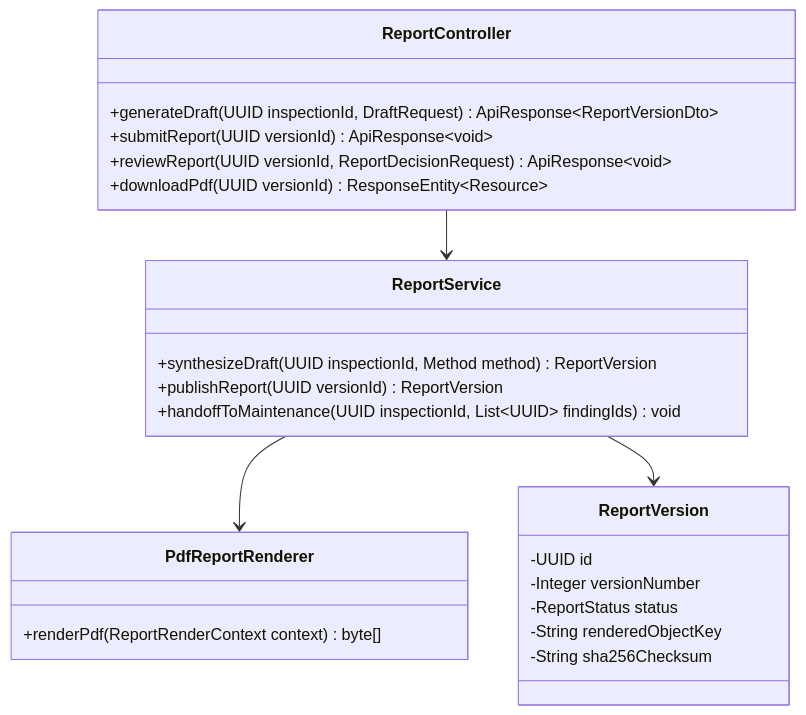
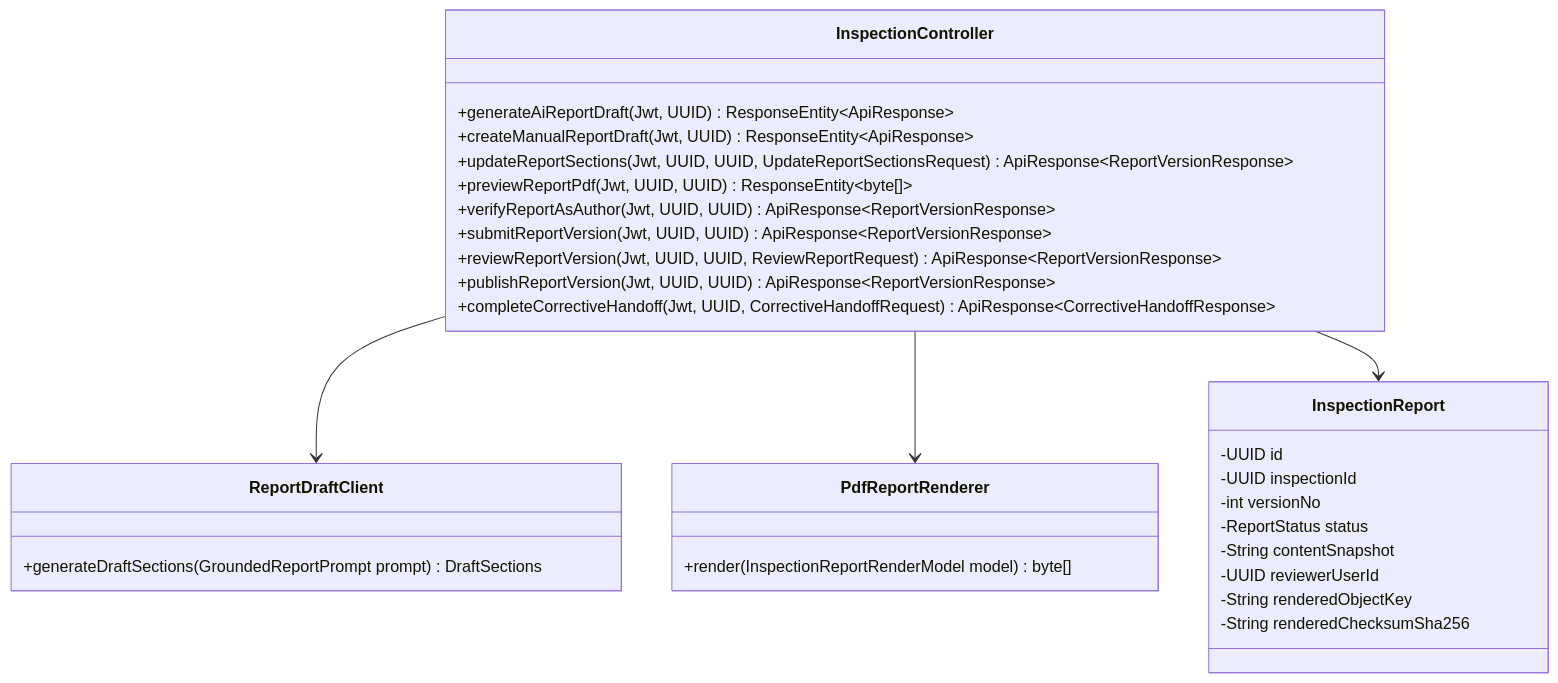
One commit to tungbach12/SmartDroneInspection-Docs changed diagram 17 of 22 in reports/report-4-software-design-document/03-detailed-design.md. Above: the diagram before and after it, drawn with Mermaid. The commit also changed other lines of this file and 155 other files, not shown here.

````diff
--- a/reports/report-4-software-design-document/03-detailed-design.md
+++ b/reports/report-4-software-design-document/03-detailed-design.md
@@ -480,28 +689,34 @@
 ```mermaid
-%% title: Inspection Reporting and Publication Class Diagram
+%% title: Inspection Report Authoring, Review and PDF Publication Class Diagram
 classDiagram
-  class ReportController {
-    +generateDraft(UUID inspectionId, DraftRequest) ApiResponse~ReportVersionDto~
-    +submitReport(UUID versionId) ApiResponse~void~
-    +reviewReport(UUID versionId, ReportDecisionRequest) ApiResponse~void~
-    +downloadPdf(UUID versionId) ResponseEntity~Resource~
+  class InspectionController {
+    +generateAiReportDraft(Jwt, UUID) ResponseEntity~ApiResponse~
+    +createManualReportDraft(Jwt, UUID) ResponseEntity~ApiResponse~
+    +updateReportSections(Jwt, UUID, UUID, UpdateReportSectionsRequest) ApiResponse~ReportVersionResponse~
+    +previewReportPdf(Jwt, UUID, UUID) ResponseEntity~byte[]~
+    +verifyReportAsAuthor(Jwt, UUID, UUID) ApiResponse~ReportVersionResponse~
+    +submitReportVersion(Jwt, UUID, UUID) ApiResponse~ReportVersionResponse~
+    +reviewReportVersion(Jwt, UUID, UUID, ReviewReportRequest) ApiResponse~ReportVersionResponse~
+    +publishReportVersion(Jwt, UUID, UUID) ApiResponse~ReportVersionResponse~
+    +completeCorrectiveHandoff(Jwt, UUID, CorrectiveHandoffRequest) ApiResponse~CorrectiveHandoffResponse~
   }
-  class ReportService {
-    +synthesizeDraft(UUID inspectionId, Method method) ReportVersion
-    +publishReport(UUID versionId) ReportVersion
-    +handoffToMaintenance(UUID inspectionId, List~UUID~ findingIds) void
+  class ReportDraftClient {
+    +generateDraftSections(GroundedReportPrompt prompt) DraftSections
   }
   class PdfReportRenderer {
-    +renderPdf(ReportRenderContext context) byte[]
+    +render(InspectionReportRenderModel model) byte[]
   }
-  class ReportVersion {
+  class InspectionReport {
     -UUID id
-    -Integer versionNumber
+    -UUID inspectionId
+    -int versionNo
     -ReportStatus status
+    -String contentSnapshot
+    -UUID reviewerUserId
     -String renderedObjectKey
-    -String sha256Checksum
+    -String renderedChecksumSha256
   }
-  ReportController --> ReportService
-  ReportService --> PdfReportRenderer
-  ReportService --> ReportVersion
+  InspectionController --> ReportDraftClient
+  InspectionController --> PdfReportRenderer
+  InspectionController --> InspectionReport
 ```
````
